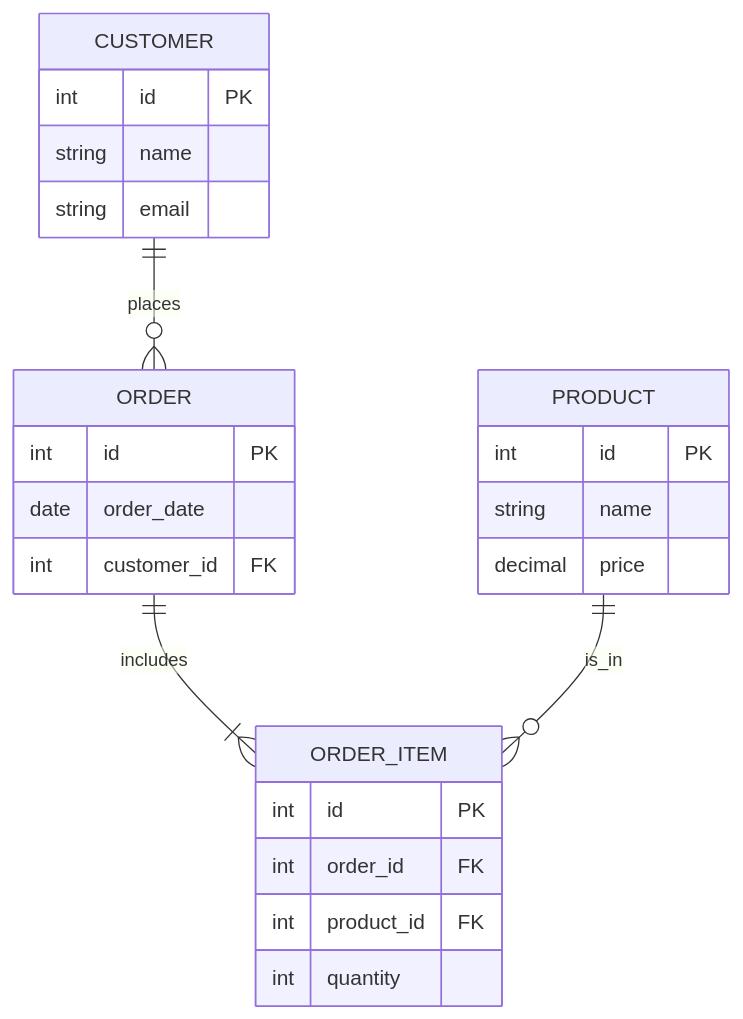
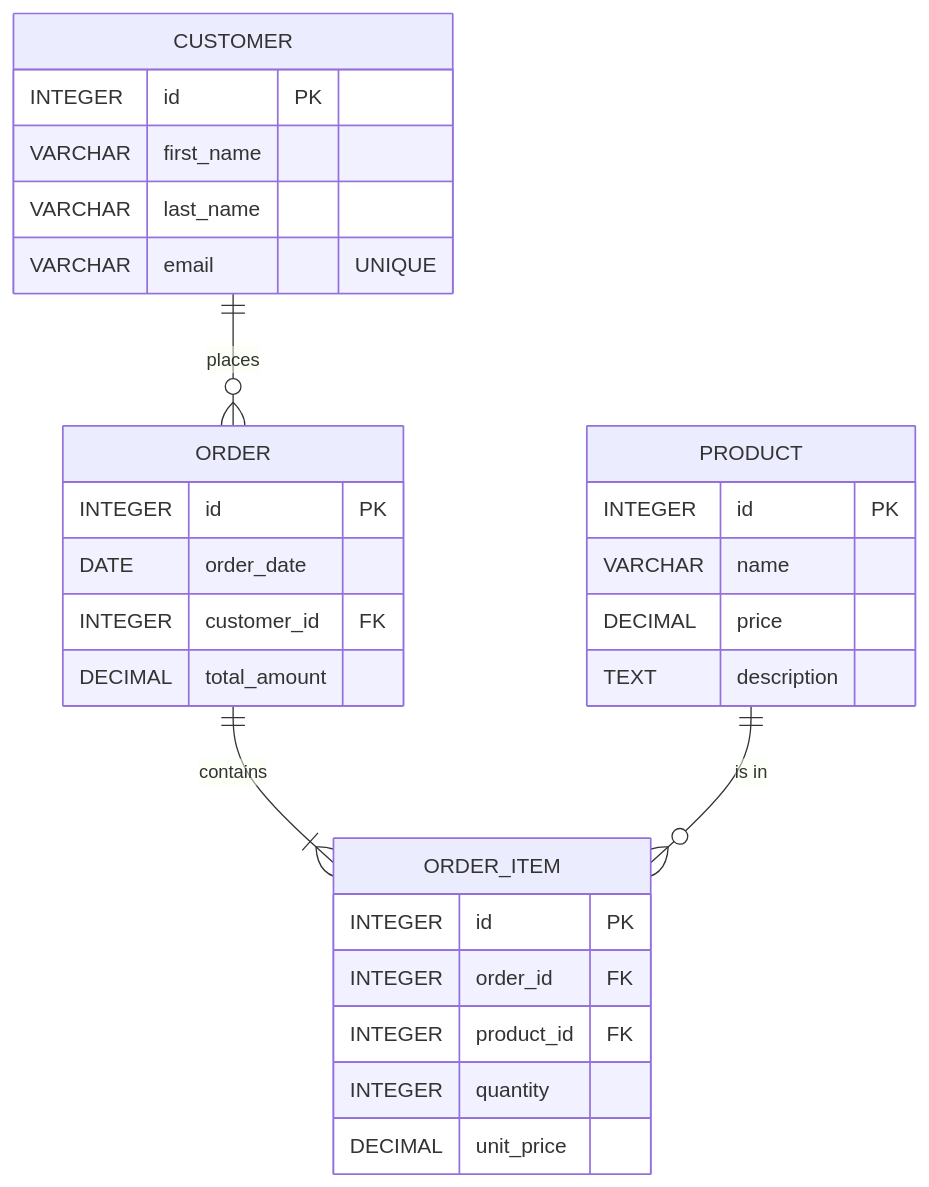
Before and after one commit to dcop7/tips_and_guides: the second of 3 diagrams in db_postgresql_data_modeling.md, drawn with Mermaid. The commit also changed other lines of this file, not shown here.

````diff
--- a/db_postgresql_data_modeling.md
+++ b/db_postgresql_data_modeling.md
@@ -1039,28 +270,32 @@
 ```mermaid
 erDiagram
     CUSTOMER {
-        int id PK
-        string name
-        string email
+        INTEGER id PK
+        VARCHAR first_name
+        VARCHAR last_name
+        VARCHAR email "UNIQUE"
+    }
+    ORDER {
+        INTEGER id PK
+        DATE order_date
+        INTEGER customer_id FK
+        DECIMAL total_amount
     }
     PRODUCT {
-        int id PK
-        string name
-        decimal price
-    }
-    ORDER {
-        int id PK
-        date order_date
-        int customer_id FK
+        INTEGER id PK
+        VARCHAR name
+        DECIMAL price
+        TEXT description
     }
     ORDER_ITEM {
-        int id PK
-        int order_id FK
-        int product_id FK
-        int quantity
+        INTEGER id PK
+        INTEGER order_id FK
+        INTEGER product_id FK
+        INTEGER quantity
+        DECIMAL unit_price
     }
     
-    CUSTOMER ||--o{ ORDER : places
-    ORDER ||--|{ ORDER_ITEM : includes
-    PRODUCT ||--o{ ORDER_ITEM : is_in
+    CUSTOMER ||--o{ ORDER : "places"
+    ORDER ||--|{ ORDER_ITEM : "contains"
+    PRODUCT ||--o{ ORDER_ITEM : "is in"
 ```
````
